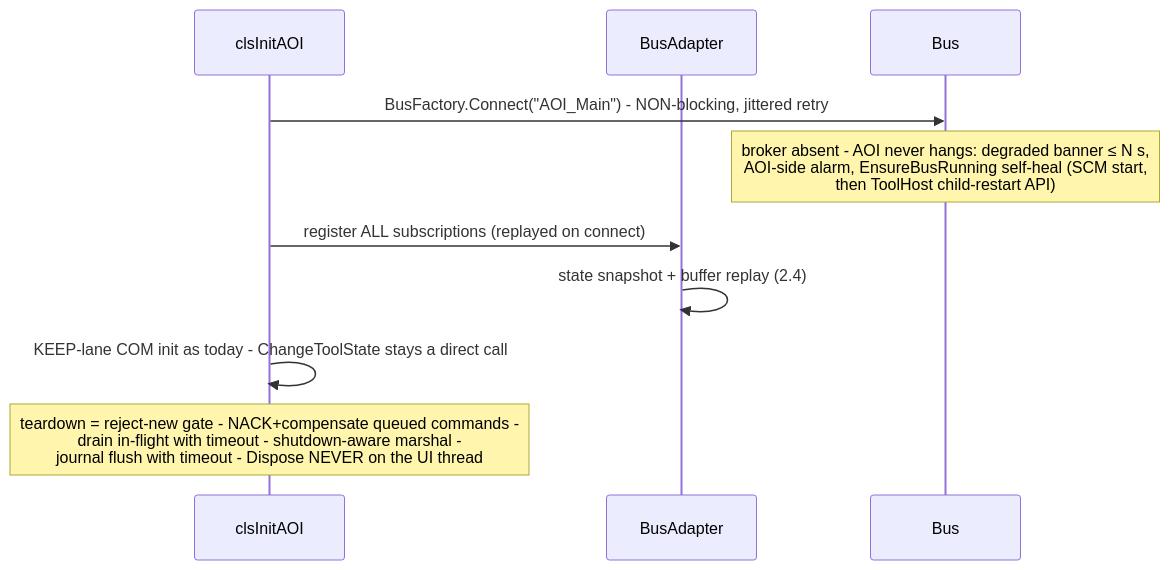
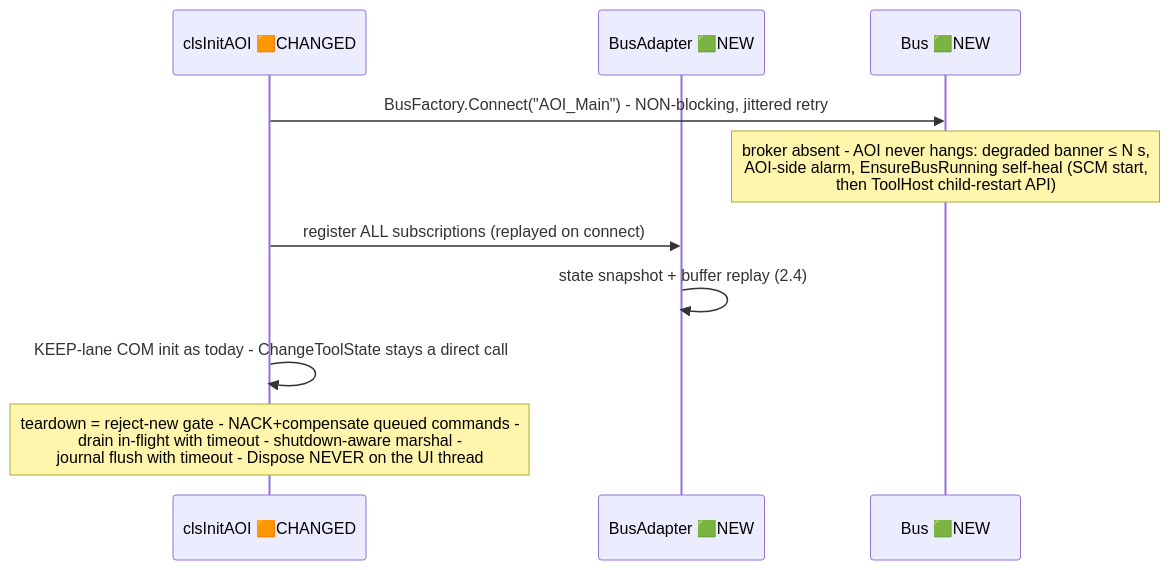
One commit to amitA-camtek/bus_gateway changed the seventh of 7 diagrams in stage/02-aoi-architecture.md. Above: the diagram before and after it, drawn with Mermaid. The commit also changed other lines of this file and 11 other files, not shown here.

````diff
--- a/stage/02-aoi-architecture.md
+++ b/stage/02-aoi-architecture.md
@@ -408,13 +435,13 @@
 ```mermaid
 sequenceDiagram
-    participant INIT as clsInitAOI
-    participant BA as BusAdapter
-    participant BUS as Bus
+    participant INIT as clsInitAOI 🟧CHANGED
+    participant BA as BusAdapter 🟩NEW
+    participant BUS as Bus 🟩NEW
 
     INIT->>BUS: BusFactory.Connect("AOI_Main") - NON-blocking, jittered retry
     Note over BUS: broker absent - AOI never hangs: degraded banner ≤ N s,<br/>AOI-side alarm, EnsureBusRunning self-heal (SCM start,<br/>then ToolHost child-restart API)
     INIT->>BA: register ALL subscriptions (replayed on connect)
     BA->>BA: state snapshot + buffer replay (2.4)
     INIT->>INIT: KEEP-lane COM init as today - ChangeToolState stays a direct call
     Note over INIT: teardown = reject-new gate - NACK+compensate queued commands -<br/>drain in-flight with timeout - shutdown-aware marshal -<br/>journal flush with timeout - Dispose NEVER on the UI thread
 ```
````
